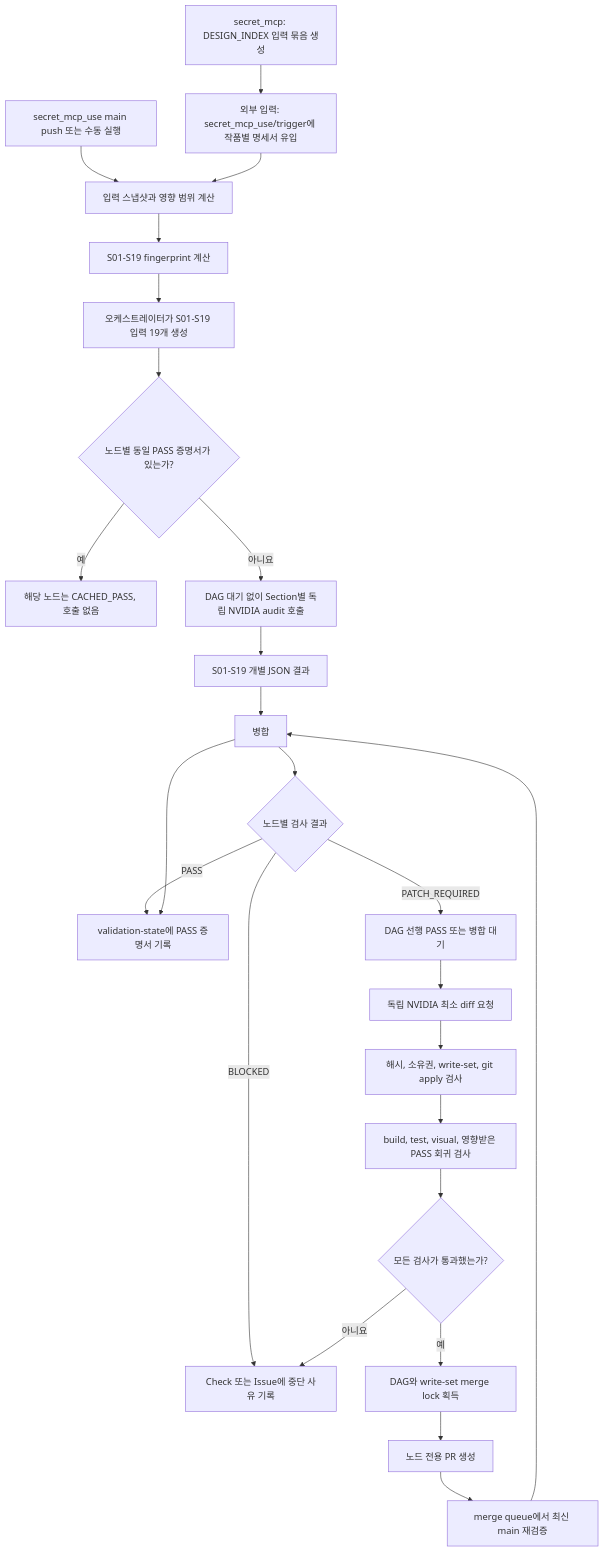
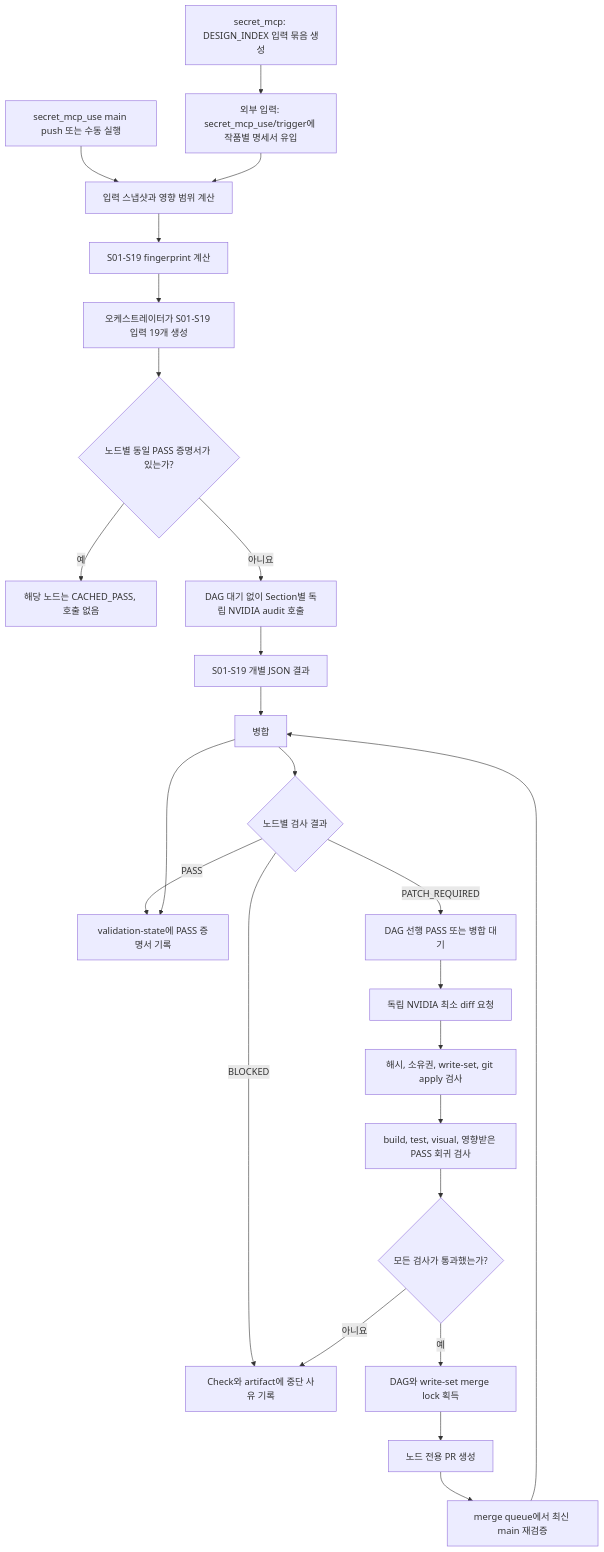
Before and after one commit to yyeongjin/secret_mcp_use: the diagram in IDEA_VALIDATION_AND_PR_PIPELINE.ko.md, drawn with Mermaid. The commit also changed other lines of this file and 6 other files, not shown here.

````diff
--- a/IDEA_VALIDATION_AND_PR_PIPELINE.ko.md
+++ b/IDEA_VALIDATION_AND_PR_PIPELINE.ko.md
@@ -236,27 +236,27 @@
 ```mermaid
 flowchart TD
     Producer["secret_mcp: DESIGN_INDEX 입력 묶음 생성"] --> Trigger["외부 입력: secret_mcp_use/trigger에 작품별 명세서 유입"]
     Push["secret_mcp_use main push 또는 수동 실행"] --> Snapshot["입력 스냅샷과 영향 범위 계산"]
     Trigger --> Snapshot
     Snapshot --> Fingerprint["S01-S19 fingerprint 계산"]
     Fingerprint --> Fanout["오케스트레이터가 S01-S19 입력 19개 생성"]
     Fanout --> Cache{"노드별 동일 PASS 증명서가 있는가?"}
     Cache -->|예| Cached["해당 노드는 CACHED_PASS, 호출 없음"]
     Cache -->|아니요| Audit["DAG 대기 없이 Section별 독립 NVIDIA audit 호출"]
     Audit --> Results["S01-S19 개별 JSON 결과"]
     Results --> Merge["코드가 schema 검증, 정렬, 중복 제거 후 병합"]
     Merge --> Verdict{"노드별 검사 결과"}
     Verdict -->|PASS| Attest["validation-state에 PASS 증명서 기록"]
-    Verdict -->|BLOCKED| Check["Check 또는 Issue에 중단 사유 기록"]
+    Verdict -->|BLOCKED| Check["Check와 artifact에 중단 사유 기록"]
     Verdict -->|PATCH_REQUIRED| DependencyGate["DAG 선행 PASS 또는 병합 대기"]
     DependencyGate --> Patch["독립 NVIDIA 최소 diff 요청"]
     Patch --> Guard["해시, 소유권, write-set, git apply 검사"]
     Guard --> Verify["build, test, visual, 영향받은 PASS 회귀 검사"]
     Verify --> Safe{"모든 검사가 통과했는가?"}
     Safe -->|아니요| Check
     Safe -->|예| Lock["DAG와 write-set merge lock 획득"]
     Lock --> PR["노드 전용 PR 생성"]
     PR --> Queue["merge queue에서 최신 main 재검증"]
     Queue --> Merge["병합"]
     Merge --> Attest
 ```
````
